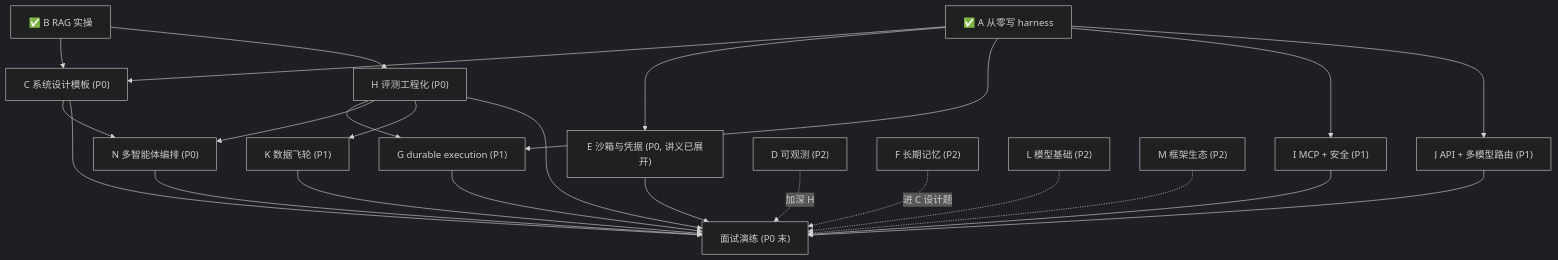
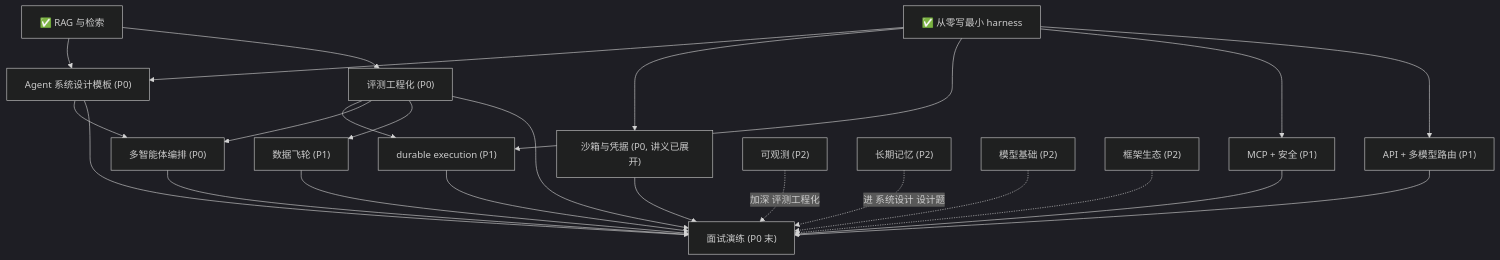
One commit to zo0043/learn-agent-harness changed the diagram in notes/knowledge-map.md. Above: the diagram before and after it, drawn with Mermaid (dark theme). The commit also changed other lines of this file and 50 other files, not shown here.

````diff
--- a/notes/knowledge-map.md
+++ b/notes/knowledge-map.md
@@ -35,26 +36,26 @@
 ```mermaid
 graph TD
-  A["✅ A 从零写 harness"] --> C["C 系统设计模板 (P0)"]
-  B["✅ B RAG 实操"] --> C
-  A --> E["E 沙箱与凭据 (P0, 讲义已展开)"]
-  B --> H["H 评测工程化 (P0)"]
-  A --> G["G durable execution (P1)"]
+  A["✅ 从零写最小 harness"] --> C["Agent 系统设计模板 (P0)"]
+  B["✅ RAG 与检索"] --> C
+  A --> E["沙箱与凭据 (P0, 讲义已展开)"]
+  B --> H["评测工程化 (P0)"]
+  A --> G["durable execution (P1)"]
   H --> G
-  A --> I["I MCP + 安全 (P1)"]
-  C --> N["N 多智能体编排 (P0)"]
+  A --> I["MCP + 安全 (P1)"]
+  C --> N["多智能体编排 (P0)"]
   H --> N
   N --> Z
-  A --> J["J API + 多模型路由 (P1)"]
-  H --> K["K 数据飞轮 (P1)"]
+  A --> J["API + 多模型路由 (P1)"]
+  H --> K["数据飞轮 (P1)"]
   C --> Z["面试演练 (P0 末)"]
   E --> Z
   H --> Z
   G --> Z
   I --> Z
   J --> Z
   K --> Z
-  D["D 可观测 (P2)"] -.->|加深 H| Z
-  F["F 长期记忆 (P2)"] -.->|进 C 设计题| Z
-  L["L 模型基础 (P2)"] -.-> Z
-  M["M 框架生态 (P2)"] -.-> Z
+  D["可观测 (P2)"] -.->|加深 评测工程化| Z
+  F["长期记忆 (P2)"] -.->|进 系统设计 设计题| Z
+  L["模型基础 (P2)"] -.-> Z
+  M["框架生态 (P2)"] -.-> Z
 ```
````
